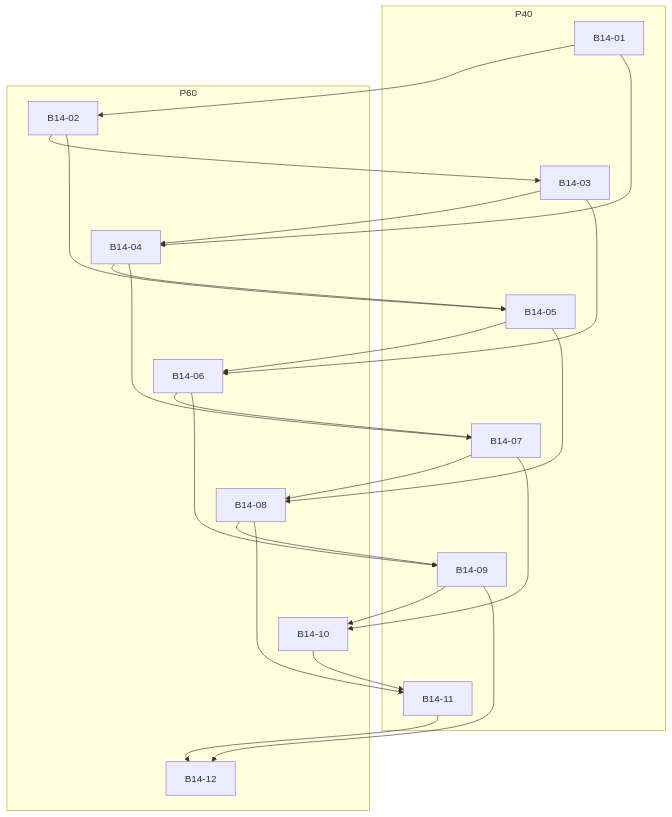
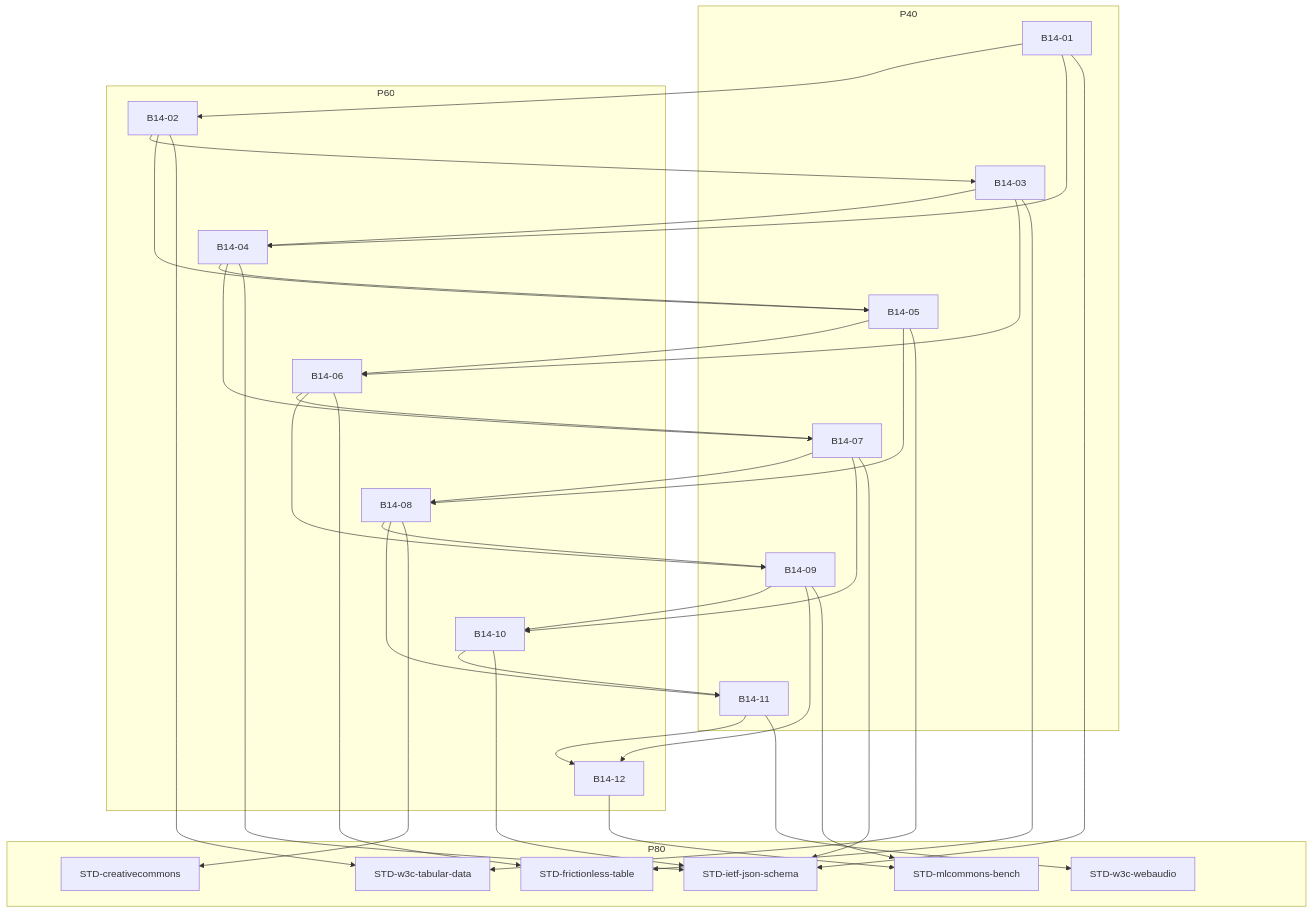
The diagram in community/语音合成与配音域包/outputs/charts/CONCEPT_DAG.mmd (Monyeah777/NarrativeForge), drawn with Mermaid before and after one commit. The commit also changed 721 other files, not shown here.

```diff
--- a/community/语音合成与配音域包/outputs/charts/CONCEPT_DAG.mmd
+++ b/community/语音合成与配音域包/outputs/charts/CONCEPT_DAG.mmd
@@ -1,38 +1,58 @@
 %% 概念前置图（由 community/语音合成与配音域包/assets/CONCEPT_GRAPH.md 确定性派生；唯一机读真相在资产 §4 围栏块）
 flowchart TD
   subgraph P40[P40]
     B14-01
     B14-03
     B14-05
     B14-07
     B14-09
     B14-11
   end
   subgraph P60[P60]
     B14-02
     B14-04
     B14-06
     B14-08
     B14-10
     B14-12
+  end
+  subgraph P80[P80]
+    STD-creativecommons
+    STD-frictionless-table
+    STD-ietf-json-schema
+    STD-mlcommons-bench
+    STD-w3c-tabular-data
+    STD-w3c-webaudio
   end
   B14-01 --> B14-02
   B14-02 --> B14-03
   B14-03 --> B14-04
   B14-01 --> B14-04
   B14-04 --> B14-05
   B14-02 --> B14-05
   B14-05 --> B14-06
   B14-03 --> B14-06
   B14-06 --> B14-07
   B14-04 --> B14-07
   B14-07 --> B14-08
   B14-05 --> B14-08
   B14-08 --> B14-09
   B14-06 --> B14-09
   B14-09 --> B14-10
   B14-07 --> B14-10
   B14-10 --> B14-11
   B14-08 --> B14-11
   B14-11 --> B14-12
   B14-09 --> B14-12
+  B14-08 --> STD-creativecommons
+  B14-03 --> STD-frictionless-table
+  B14-06 --> STD-frictionless-table
+  B14-01 --> STD-ietf-json-schema
+  B14-04 --> STD-ietf-json-schema
+  B14-07 --> STD-ietf-json-schema
+  B14-10 --> STD-ietf-json-schema
+  B14-09 --> STD-mlcommons-bench
+  B14-12 --> STD-mlcommons-bench
+  B14-02 --> STD-w3c-tabular-data
+  B14-05 --> STD-w3c-tabular-data
+  B14-11 --> STD-w3c-webaudio
```
